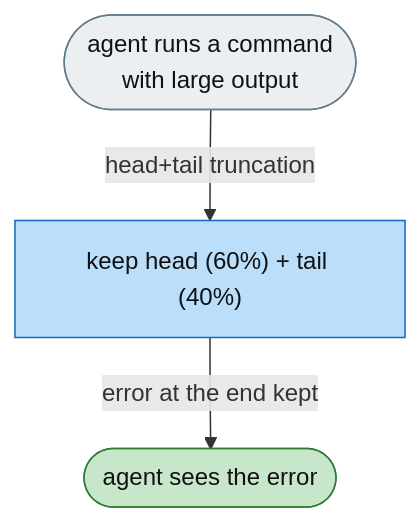
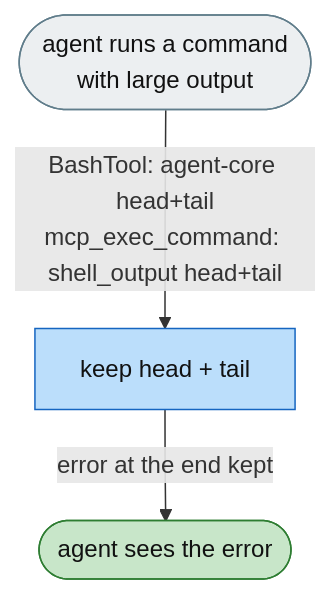
Before and after one commit to michaelatamuk/agentic-desk: the fourth of 4 diagrams in docs-michael/issues/jiuwenswarm/0334-feat-bash-output-head-tail.md, drawn with Mermaid. The commit also changed other lines of this file and 2 other files, not shown here.

````diff
--- a/docs-michael/issues/jiuwenswarm/0334-feat-bash-output-head-tail.md
+++ b/docs-michael/issues/jiuwenswarm/0334-feat-bash-output-head-tail.md
@@ -133,9 +165,9 @@
 ```mermaid
 flowchart TD
     classDef ok fill:#BBDEFB,color:#111,stroke:#1565C0
     classDef done fill:#C8E6C9,color:#111,stroke:#2E7D32
     classDef plain fill:#ECEFF1,color:#111,stroke:#607D8B
     CMD(["agent runs a command<br/>with large output"]):::plain
-    CMD -->|"head+tail truncation"| SPLIT["keep head (60%) + tail (40%)"]:::ok
+    CMD -->|"BashTool: agent-core head+tail<br/>mcp_exec_command: shell_output head+tail"| SPLIT["keep head + tail"]:::ok
     SPLIT -->|"error at the end kept"| SEEN(["agent sees the error"]):::done
 ```
````
